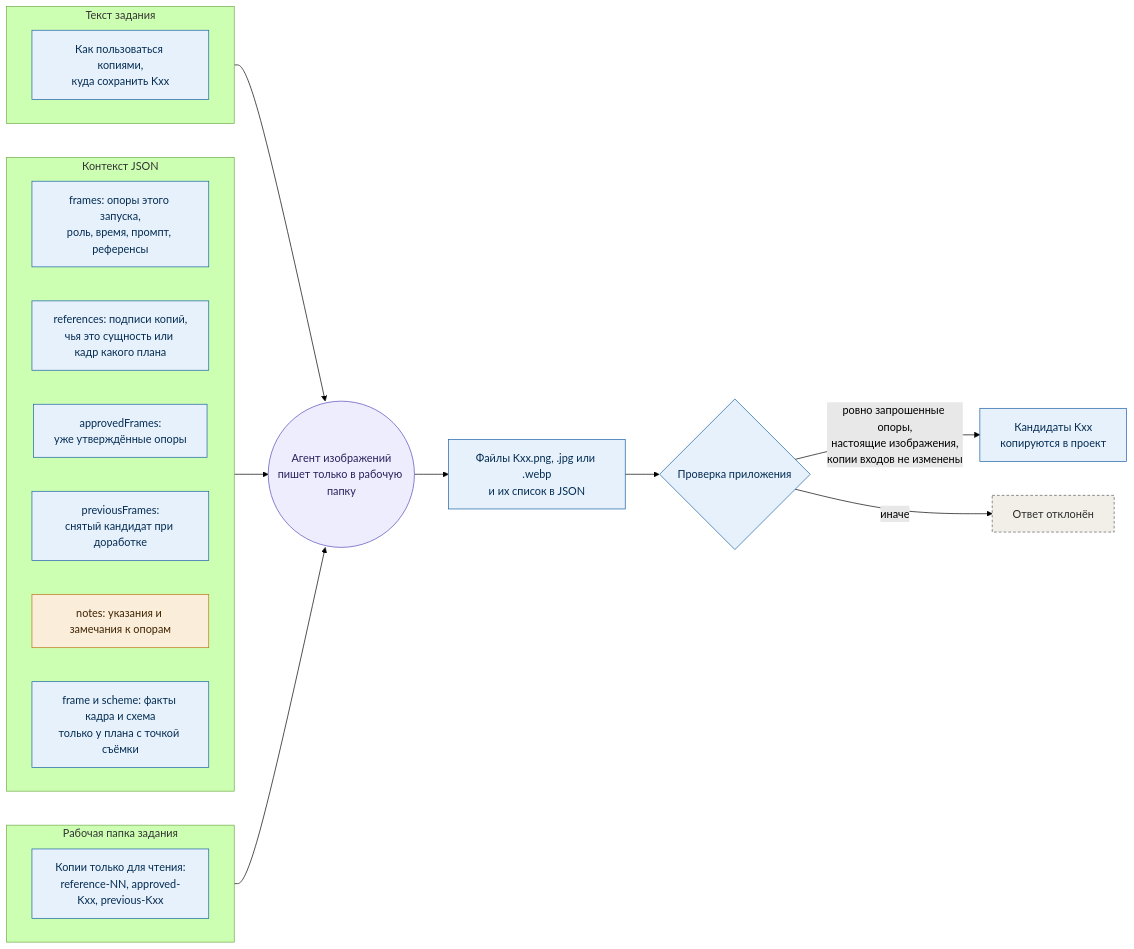
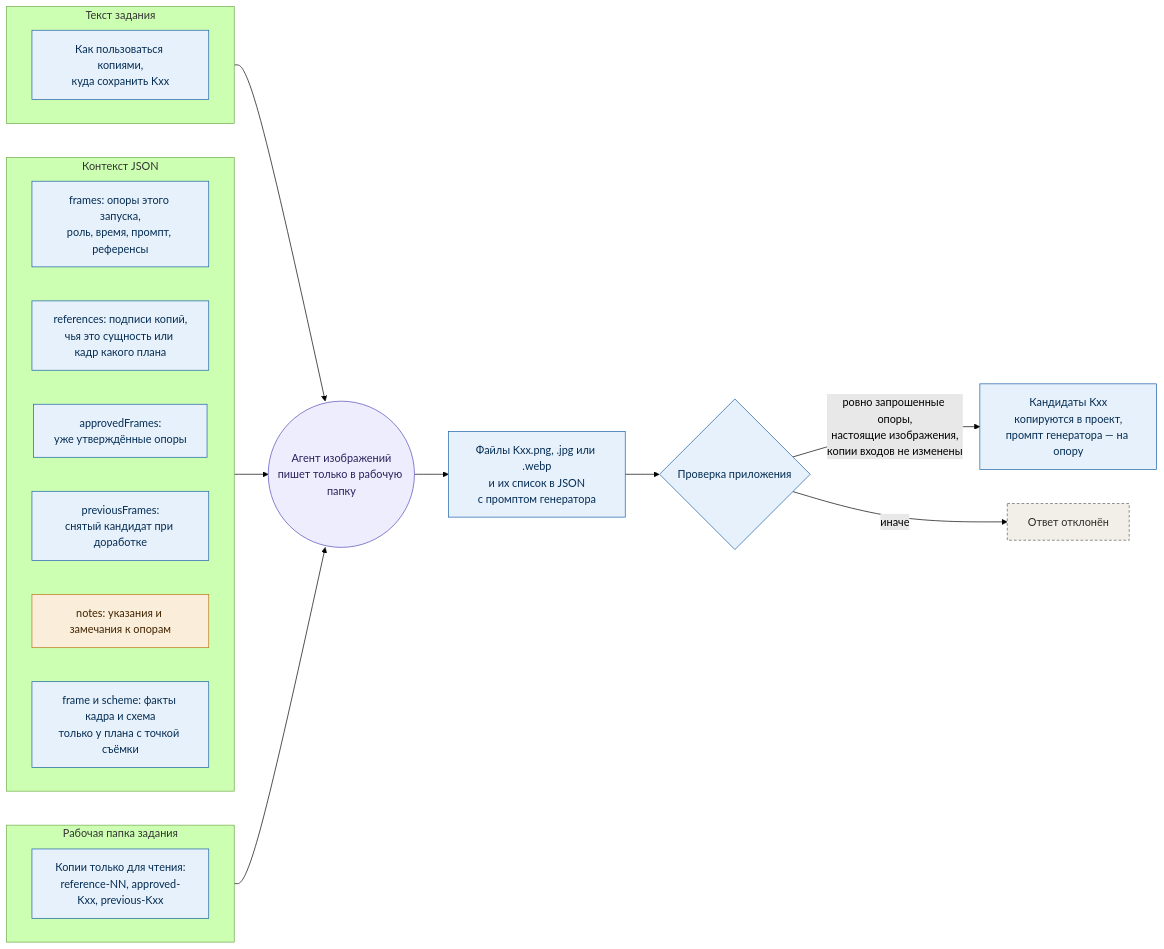
Before and after one commit to ai-animation-tools/songframe: the eighth of 10 diagrams in docs/production-map.md, drawn with Mermaid (forest theme). The commit also changed 14 other files, not shown here.

First line of the commit message:
Промпт генератора и сведения подготовки опор в комплекте плана

````diff
--- a/docs/production-map.md
+++ b/docs/production-map.md
@@ -320,37 +320,37 @@
 ```mermaid
 flowchart LR
   subgraph task["Текст задания"]
     direction LR
     howto["Как пользоваться копиями,<br/>куда сохранить Kxx"]
   end
   subgraph context["Контекст JSON"]
     direction LR
     list["frames: опоры этого запуска,<br/>роль, время, промпт, референсы"]
     refs["references: подписи копий,<br/>чья это сущность или кадр какого плана"]
     approved["approvedFrames:<br/>уже утверждённые опоры"]
     previous["previousFrames:<br/>снятый кандидат при доработке"]
     notes["notes: указания и замечания к опорам"]
     layout["frame и scheme: факты кадра и схема<br/>только у плана с точкой съёмки"]
   end
   subgraph work["Рабочая папка задания"]
     direction LR
     copies["Копии только для чтения:<br/>reference-NN, approved-Kxx, previous-Kxx"]
   end
   task --> agent(("Агент изображений<br/>пишет только в рабочую папку"))
   context --> agent
   work --> agent
-  agent --> files["Файлы Kxx.png, .jpg или .webp<br/>и их список в JSON"]
+  agent --> files["Файлы Kxx.png, .jpg или .webp<br/>и их список в JSON<br/>с промптом генератора"]
   files --> check{"Проверка приложения"}
-  check -- "ровно запрошенные опоры,<br/>настоящие изображения,<br/>копии входов не изменены" --> candidate["Кандидаты Kxx<br/>копируются в проект"]
+  check -- "ровно запрошенные опоры,<br/>настоящие изображения,<br/>копии входов не изменены" --> candidate["Кандидаты Kxx<br/>копируются в проект,<br/>промпт генератора — на опору"]
   check -- "иначе" --> rejected["Ответ отклонён"]
 
   class howto,list,refs,approved,previous,layout,copies app
   class notes user
   class agent agent
   class files,check,candidate app
   class rejected bad
   classDef user fill:#FAEEDA,stroke:#BA7517,color:#412402
   classDef agent fill:#EEEDFE,stroke:#534AB7,color:#26215C
   classDef app fill:#E6F1FB,stroke:#185FA5,color:#042C53
   classDef bad fill:#F1EFE8,stroke:#5F5E5A,color:#2C2C2A,stroke-dasharray:4 3
 ```
````
